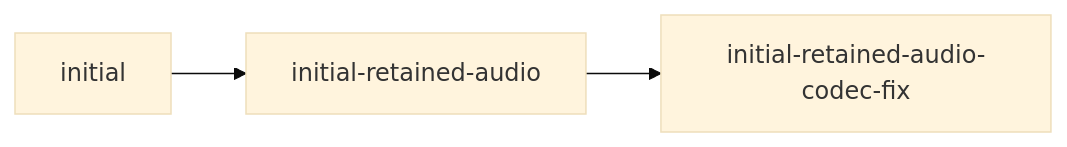
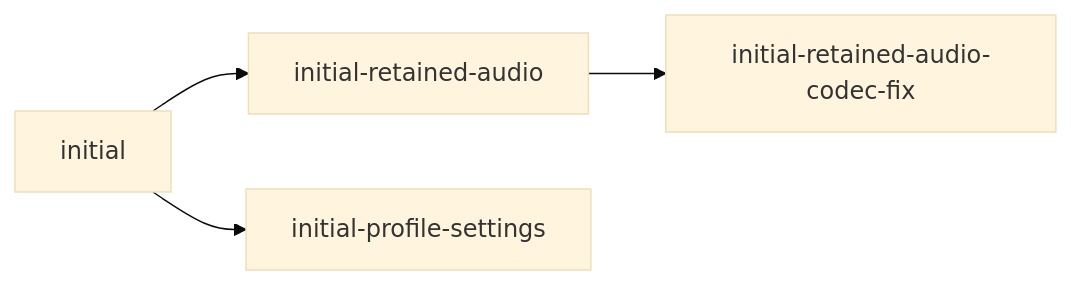
One commit to fsw0422/.ksp changed the second of 3 diagrams in skills/spec-workflow/SKILL.md. Above: the diagram before and after it, drawn with Mermaid (base theme). The commit also changed other lines of this file and 2 other files, not shown here.

````diff
--- a/skills/spec-workflow/SKILL.md
+++ b/skills/spec-workflow/SKILL.md
@@ -100,5 +102,6 @@
 ```mermaid
 flowchart LR
     Root[initial] --> Child[initial-retained-audio]
+    Root --> Sibling[initial-profile-settings]
     Child --> Grandchild[initial-retained-audio-codec-fix]
 ```
````
